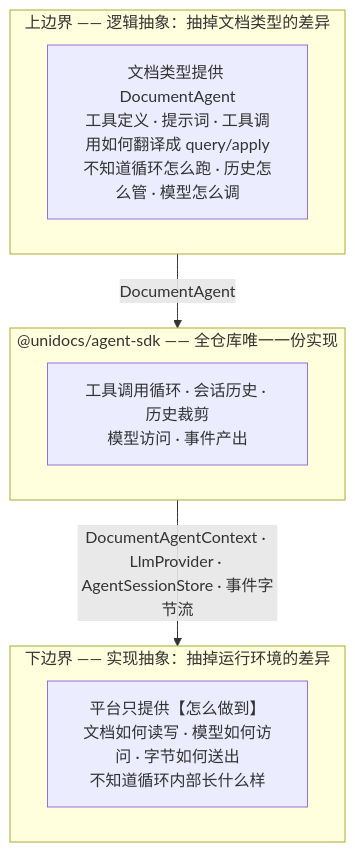
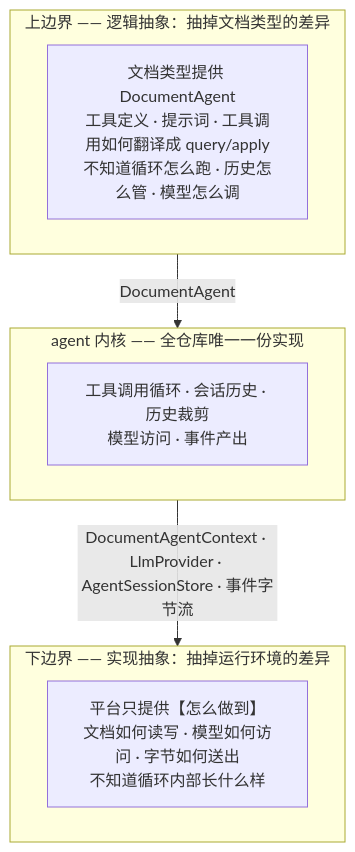
The first of 15 diagrams in docs/superpowers/specs/2026-08-26-agent-sdk-design.md (shazhou-ww/unidocs), drawn with Mermaid before and after one commit. The commit also changed other lines of this file, not shown here.

First line of the commit message:
docs(agent-sdk): 不新建包,内核放 doctype-server-common/src/agent/

````diff
--- a/docs/superpowers/specs/2026-08-26-agent-sdk-design.md
+++ b/docs/superpowers/specs/2026-08-26-agent-sdk-design.md
@@ -15,17 +15,17 @@
 ```mermaid
 flowchart TB
     subgraph up["上边界 —— 逻辑抽象：抽掉文档类型的差异"]
         U["文档类型提供 DocumentAgent<br/>工具定义 · 提示词 · 工具调用如何翻译成 query/apply<br/>不知道循环怎么跑 · 历史怎么管 · 模型怎么调"]
     end
 
-    subgraph core["@unidocs/agent-sdk —— 全仓库唯一一份实现"]
+    subgraph core["agent 内核 —— 全仓库唯一一份实现"]
         K["工具调用循环 · 会话历史 · 历史裁剪<br/>模型访问 · 事件产出"]
     end
 
     subgraph down["下边界 —— 实现抽象：抽掉运行环境的差异"]
         D["平台只提供【怎么做到】<br/>文档如何读写 · 模型如何访问 · 字节如何送出<br/>不知道循环内部长什么样"]
     end
 
     up -->|"DocumentAgent"| core
     core -->|"DocumentAgentContext · LlmProvider · AgentSessionStore · 事件字节流"| down
 ```
````
